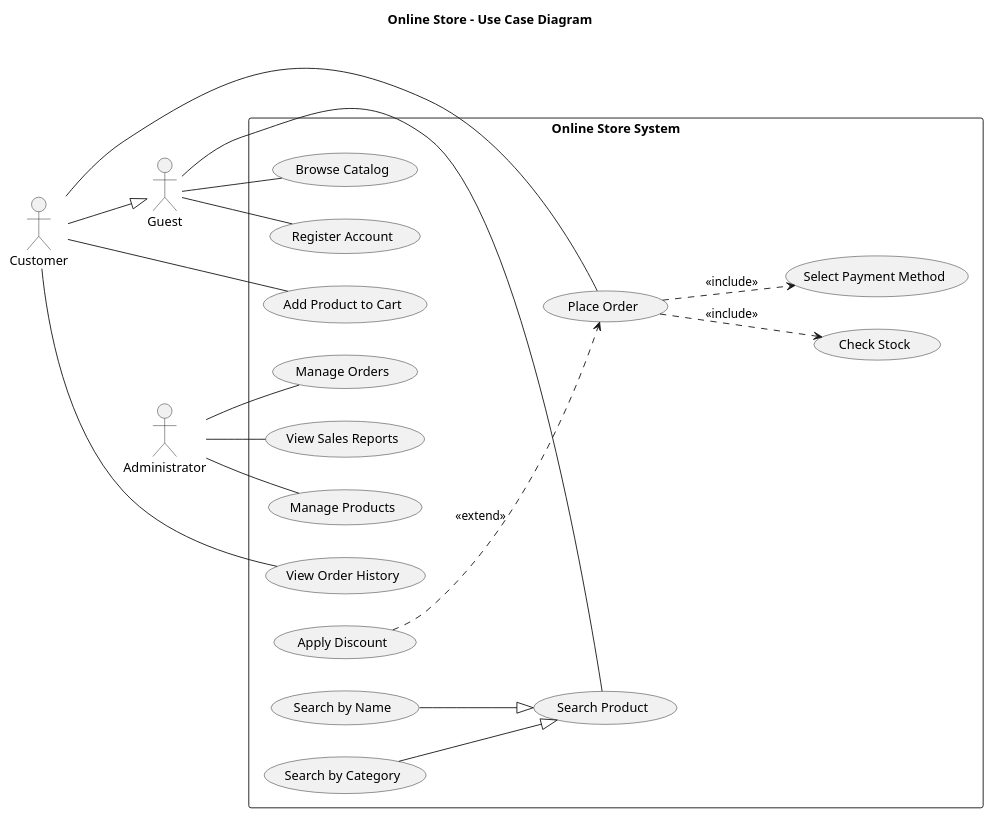
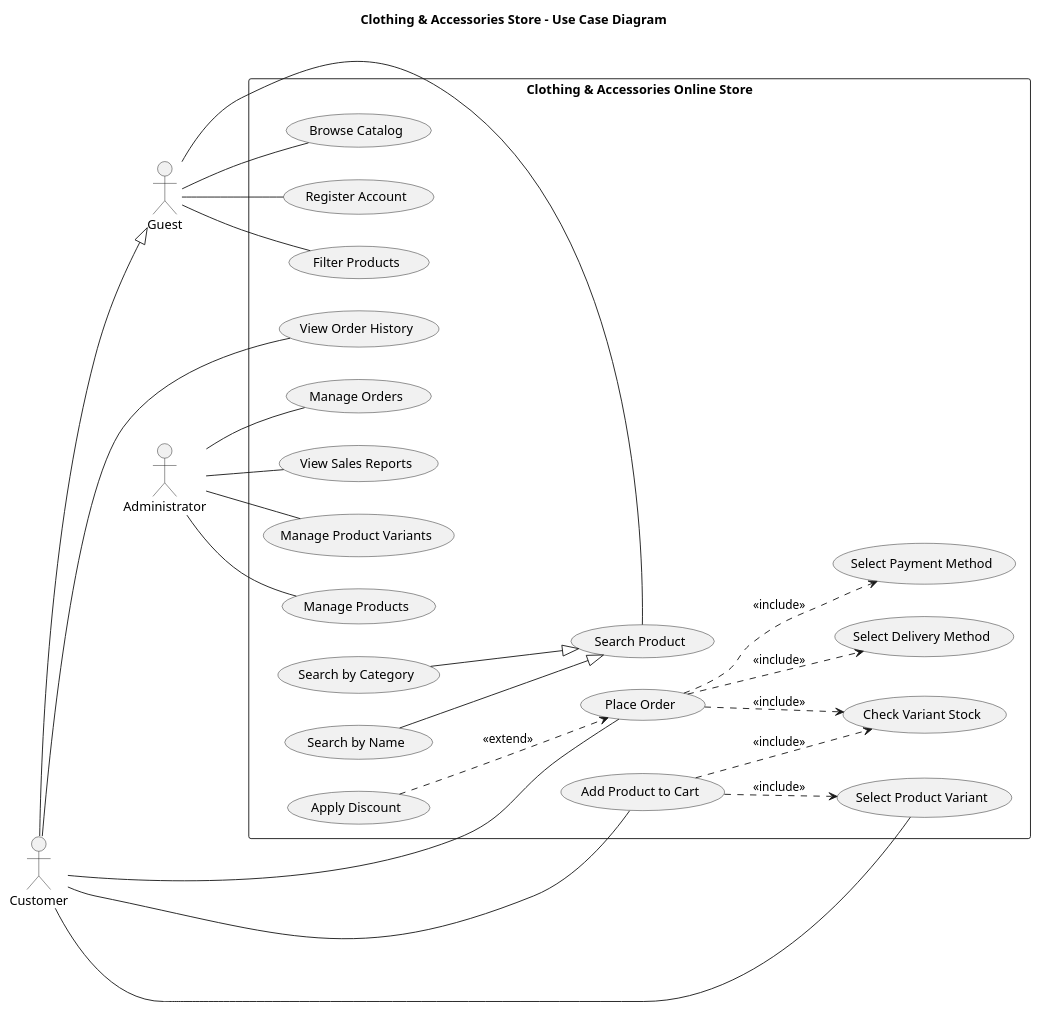
One commit to ulianadubrovska/PHP-CICD-Lab1 changed the diagram in docs/use-case.puml. Above: the diagram before and after it, drawn with PlantUML. The commit also changed other lines of this file and 4 other files, not shown here.

Commit message:
Adapt system design for clothing and accessories store

```diff
--- a/docs/use-case.puml
+++ b/docs/use-case.puml
@@ -1,54 +2,68 @@
 @startuml
 left to right direction
 skinparam packageStyle rectangle
 skinparam shadowing false
 
-title Online Store - Use Case Diagram
+title Clothing & Accessories Store - Use Case Diagram
 
 actor Guest
 actor Customer
 actor Administrator
 
 Customer --|> Guest
 
-rectangle "Online Store System" {
-    usecase "Browse Catalog" as UC1
-    usecase "Search Product" as UC2
-    usecase "Register Account" as UC3
+rectangle "Clothing & Accessories Online Store" {
 
-    usecase "Add Product to Cart" as UC4
-    usecase "Place Order" as UC5
-    usecase "View Order History" as UC6
+  usecase "Browse Catalog" as UC1
+  usecase "Search Product" as UC2
+  usecase "Register Account" as UC3
+  usecase "Filter Products" as UC4
 
-    usecase "Manage Products" as UC7
-    usecase "Manage Orders" as UC8
-    usecase "View Sales Reports" as UC9
+  usecase "Select Product Variant" as UC5
+  usecase "Add Product to Cart" as UC6
+  usecase "Place Order" as UC7
+  usecase "View Order History" as UC8
 
-    usecase "Check Stock" as UC10
-    usecase "Select Payment Method" as UC11
-    usecase "Apply Discount" as UC12
+  usecase "Manage Products" as UC9
+  usecase "Manage Orders" as UC10
+  usecase "View Sales Reports" as UC11
+  usecase "Manage Product Variants" as UC12
 
-    usecase "Search by Name" as UC13
-    usecase "Search by Category" as UC14
+  usecase "Check Variant Stock" as UC13
+  usecase "Select Payment Method" as UC14
+  usecase "Select Delivery Method" as UC15
+
+  usecase "Apply Discount" as UC16
+
+  usecase "Search by Name" as UC17
+  usecase "Search by Category" as UC18
 }
 
 Guest -- UC1
 Guest -- UC2
 Guest -- UC3
+Guest -- UC4
 
-Customer -- UC4
 Customer -- UC5
 Customer -- UC6
+Customer -- UC7
+Customer -- UC8
 
-Administrator -- UC7
-Administrator -- UC8
 Administrator -- UC9
+Administrator -- UC10
+Administrator -- UC11
+Administrator -- UC12
 
-UC5 ..> UC10 : <<include>>
-UC5 ..> UC11 : <<include>>
-UC12 ..> UC5 : <<extend>>
+UC6 ..> UC5 : <<include>>
+UC6 ..> UC13 : <<include>>
 
-UC13 --|> UC2
-UC14 --|> UC2
+UC7 ..> UC13 : <<include>>
+UC7 ..> UC14 : <<include>>
+UC7 ..> UC15 : <<include>>
+
+UC16 ..> UC7 : <<extend>>
+
+UC17 --|> UC2
+UC18 --|> UC2
 
 @enduml
```
